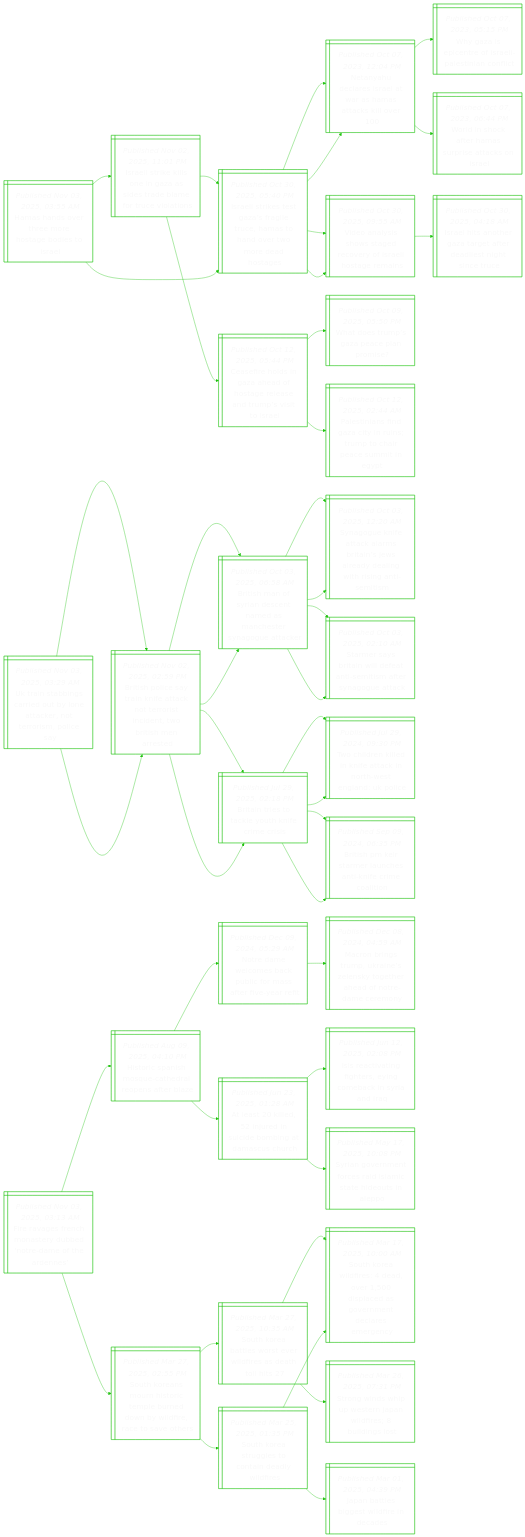
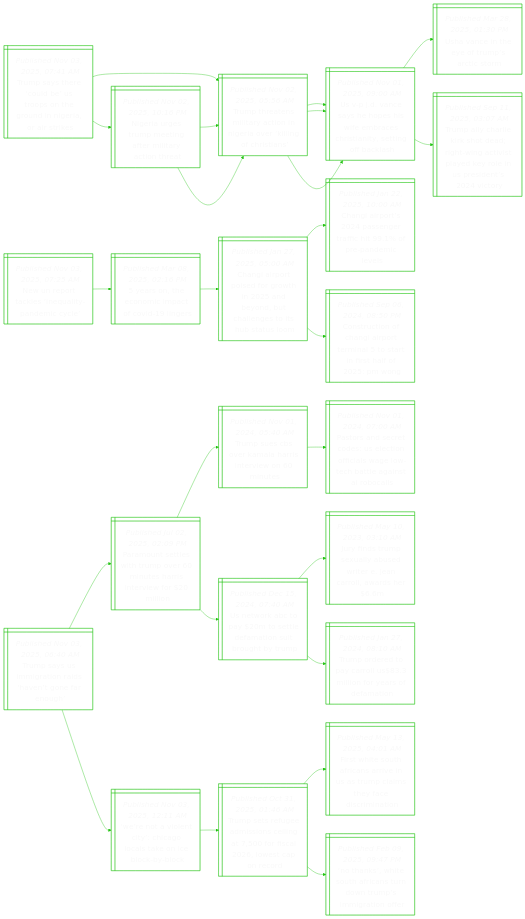
One commit to notJmes/notJmes changed the diagram in README.md. Above: the diagram before and after it, drawn with Mermaid. The commit also changed other lines of this file, not shown here.

````diff
--- a/README.md
+++ b/README.md
@@ -16,136 +16,85 @@
 flowchart LR
 classDef txtsize font-size:20px;
 
-Hhohosbsr@{ shape: win-pane, label: "_Published Nov 03, 2025, 03:55 AM_
-Hamas hands over three more hostage bodies to israel" }
-Ililezirlocln@{ shape: win-pane, label: "_Published Nov 02, 2025, 11:01 PM_
-Israeli strike kills one in gaza as sides trade blame for truce violations" }
-IliezatHtdtrda@{ shape: win-pane, label: "_Published Oct 30, 2025, 05:40 PM_
-Israeli strikes test gaza’s fragile truce, hamas to hand over two more dead hostages" }
-NyeeawHakl@{ shape: win-pane, label: "_Published Oct 07, 2023, 12:04 PM_
-Netanyahu declares israel at war as hamas attacks kill over 100" }
-Vasoaersiam@{ shape: win-pane, label: "_Published Oct 30, 2025, 09:55 AM_
-Video analysis shows staged recovery of israeli hostage remains" }
-Cfonaoteervta@{ shape: win-pane, label: "_Published Oct 12, 2025, 05:44 PM_
-Ceasefire holds in gaza ahead of hostage release and trump’s visit to israel" }
-Wouaaam@{ shape: win-pane, label: "_Published Oct 09, 2025, 05:50 PM_
-What does trump’s gaza peace plan promise?" }
-PtndCnspaamnt@{ shape: win-pane, label: "_Published Oct 12, 2025, 02:44 AM_
-Palestinians find gaza city in ruins; trump to chair peace summit in egypt" }
-IliezatHtdtrda@{ shape: win-pane, label: "_Published Oct 30, 2025, 05:40 PM_
-Israeli strikes test gaza’s fragile truce, hamas to hand over two more dead hostages" }
-NyeeawHakl@{ shape: win-pane, label: "_Published Oct 07, 2023, 12:04 PM_
-Netanyahu declares israel at war as hamas attacks kill over 100" }
-WzptIleint@{ shape: win-pane, label: "_Published Oct 07, 2023, 05:15 PM_
-Why gaza is epicentre of israeli-palestinian conflict" }
-Wiceapaks@{ shape: win-pane, label: "_Published Oct 07, 2023, 06:44 PM_
-World in shock after hamas surprise attacks on israel" }
-Vasoaersiam@{ shape: win-pane, label: "_Published Oct 30, 2025, 09:55 AM_
-Video analysis shows staged recovery of israeli hostage remains" }
-Ilaeaeedttee@{ shape: win-pane, label: "_Published Oct 30, 2025, 04:18 AM_
-Israel hits another gaza target after deadliest night since truce" }
+Tshoeonrierts@{ shape: win-pane, label: "_Published Nov 03, 2025, 07:41 AM_
+Trump says there ‘could be’ us troops on the ground in nigeria, or air strikes" }
+TttiriNiriCt@{ shape: win-pane, label: "_Published Nov 02, 2025, 05:56 AM_
+Trump threatens military action in nigeria over ‘killing of christians’" }
+UDehewmeinegas@{ shape: win-pane, label: "_Published Nov 01, 2025, 09:00 AM_
+Us v-p j.d. vance says he hopes his wife embraces christianity, setting off backlash" }
+UanyrAcm@{ shape: win-pane, label: "_Published Mar 28, 2025, 01:30 PM_
+Usha vance in the eye of trump’s arctic storm" }
+TahesegnipdoUstt@{ shape: win-pane, label: "_Published Sep 11, 2025, 03:07 AM_
+Trump ally charlie kirk shot dead; right-wing activist played key role in us president’s 2024 victory" }
+Niemtfirir@{ shape: win-pane, label: "_Published Nov 02, 2025, 10:16 PM_
+Nigeria urges trump meeting after military action threat" }
+TttiriNiriCt@{ shape: win-pane, label: "_Published Nov 02, 2025, 05:56 AM_
+Trump threatens military action in nigeria over ‘killing of christians’" }
+UDehewmeinegas@{ shape: win-pane, label: "_Published Nov 01, 2025, 09:00 AM_
+Us v-p j.d. vance says he hopes his wife embraces christianity, setting off backlash" }
+TttiriNiriCt@{ shape: win-pane, label: "_Published Nov 02, 2025, 05:56 AM_
+Trump threatens military action in nigeria over ‘killing of christians’" }
+UDehewmeinegas@{ shape: win-pane, label: "_Published Nov 01, 2025, 09:00 AM_
+Us v-p j.d. vance says he hopes his wife embraces christianity, setting off backlash" }
 
-Hhohosbsr:::txtsize --> Ililezirlocln:::txtsize
-Ililezirlocln:::txtsize --> IliezatHtdtrda:::txtsize
-IliezatHtdtrda:::txtsize --> NyeeawHakl:::txtsize
-IliezatHtdtrda:::txtsize --> Vasoaersiam:::txtsize
-Ililezirlocln:::txtsize --> Cfonaoteervta:::txtsize
-Cfonaoteervta:::txtsize --> Wouaaam:::txtsize
-Cfonaoteervta:::txtsize --> PtndCnspaamnt:::txtsize
-Hhohosbsr:::txtsize --> IliezatHtdtrda:::txtsize
-IliezatHtdtrda:::txtsize --> NyeeawHakl:::txtsize
-NyeeawHakl:::txtsize --> WzptIleint:::txtsize
-NyeeawHakl:::txtsize --> Wiceapaks:::txtsize
-IliezatHtdtrda:::txtsize --> Vasoaersiam:::txtsize
-Vasoaersiam:::txtsize --> Ilaeaeedttee:::txtsize
+Tshoeonrierts:::txtsize --> TttiriNiriCt:::txtsize
+TttiriNiriCt:::txtsize --> UDehewmeinegas:::txtsize
+UDehewmeinegas:::txtsize --> UanyrAcm:::txtsize
+UDehewmeinegas:::txtsize --> TahesegnipdoUstt:::txtsize
+Tshoeonrierts:::txtsize --> Niemtfirir:::txtsize
+Niemtfirir:::txtsize --> TttiriNiriCt:::txtsize
+TttiriNiriCt:::txtsize --> UDehewmeinegas:::txtsize
+Niemtfirir:::txtsize --> TttiriNiriCt:::txtsize
+TttiriNiriCt:::txtsize --> UDehewmeinegas:::txtsize
 
-Uibsitnanrsiy@{ shape: win-pane, label: "_Published Nov 03, 2025, 03:29 AM_
-Uk train stabbings carried out by lone attacker, not terrorism, police say" }
-BsiynectrnnBsat@{ shape: win-pane, label: "_Published Nov 02, 2025, 02:59 PM_
-British police say train knife attack not terrorist incident, two british men arrested" }
-Bsoisnaceaec@{ shape: win-pane, label: "_Published Oct 03, 2025, 06:58 AM_
-British man of syrian descent named as manchester synagogue attacker" }
-Sontasaerdnhnit@{ shape: win-pane, label: "_Published Oct 03, 2025, 12:20 AM_
-Synagogue knife attack alarms britain’s jews already dealing with rising anti-semitism" }
-Sesaletiasot@{ shape: win-pane, label: "_Published Oct 03, 2025, 02:10 AM_
-Starmer says britain will defeat anti-semitism after synagogue attack" }
-Bieaykccs@{ shape: win-pane, label: "_Published Jul 29, 2025, 02:18 PM_
-Britain tries to tackle youth knife crime crisis" }
-Tinentittape@{ shape: win-pane, label: "_Published Jul 29, 2024, 09:30 PM_
-Two children killed in knife attack in north-west england: uk police" }
-Bsealhtfmln@{ shape: win-pane, label: "_Published Sep 09, 2024, 06:35 PM_
-British pm keir starmer launches anti-knife crime coalition" }
-BsiynectrnnBsat@{ shape: win-pane, label: "_Published Nov 02, 2025, 02:59 PM_
-British police say train knife attack not terrorist incident, two british men arrested" }
-Bsoisnaceaec@{ shape: win-pane, label: "_Published Oct 03, 2025, 06:58 AM_
-British man of syrian descent named as manchester synagogue attacker" }
-Sontasaerdnhnit@{ shape: win-pane, label: "_Published Oct 03, 2025, 12:20 AM_
-Synagogue knife attack alarms britain’s jews already dealing with rising anti-semitism" }
-Sesaletiasot@{ shape: win-pane, label: "_Published Oct 03, 2025, 02:10 AM_
-Starmer says britain will defeat anti-semitism after synagogue attack" }
-Bieaykccs@{ shape: win-pane, label: "_Published Jul 29, 2025, 02:18 PM_
-Britain tries to tackle youth knife crime crisis" }
-Tinentittape@{ shape: win-pane, label: "_Published Jul 29, 2024, 09:30 PM_
-Two children killed in knife attack in north-west england: uk police" }
-Bsealhtfmln@{ shape: win-pane, label: "_Published Sep 09, 2024, 06:35 PM_
-British pm keir starmer launches anti-knife crime coalition" }
+Nrtleince@{ shape: win-pane, label: "_Published Nov 03, 2025, 07:25 AM_
+New un report tackles ‘inequality-pandemic cycle’" }
+yoempfde@{ shape: win-pane, label: "_Published Mar 08, 2025, 02:16 PM_
+5 years on, the economic impact of covid-19 lingers" }
+Cioiowayuletss@{ shape: win-pane, label: "_Published Jan 27, 2025, 05:00 AM_
+Changi airport poised for growth in 2025 and beyond, but challenges to its hub status loom" }
+Cioagahpncl@{ shape: win-pane, label: "_Published Jan 22, 2025, 10:00 AM_
+Changi airport’s 2024 passenger traffic hit 99.1% of pre-pandemic levels" }
+CrohArmtriaPg@{ shape: win-pane, label: "_Published Sep 06, 2024, 08:50 PM_
+Construction of changi airport terminal 5 to start in first half of 2025: pm wong" }
 
-Uibsitnanrsiy:::txtsize --> BsiynectrnnBsat:::txtsize
-BsiynectrnnBsat:::txtsize --> Bsoisnaceaec:::txtsize
-Bsoisnaceaec:::txtsize --> Sontasaerdnhnit:::txtsize
-Bsoisnaceaec:::txtsize --> Sesaletiasot:::txtsize
-BsiynectrnnBsat:::txtsize --> Bieaykccs:::txtsize
-Bieaykccs:::txtsize --> Tinentittape:::txtsize
-Bieaykccs:::txtsize --> Bsealhtfmln:::txtsize
-Uibsitnanrsiy:::txtsize --> BsiynectrnnBsat:::txtsize
-BsiynectrnnBsat:::txtsize --> Bsoisnaceaec:::txtsize
-Bsoisnaceaec:::txtsize --> Sontasaerdnhnit:::txtsize
-Bsoisnaceaec:::txtsize --> Sesaletiasot:::txtsize
-BsiynectrnnBsat:::txtsize --> Bieaykccs:::txtsize
-Bieaykccs:::txtsize --> Tinentittape:::txtsize
-Bieaykccs:::txtsize --> Bsealhtfmln:::txtsize
+Nrtleince:::txtsize --> yoempfde:::txtsize
+yoempfde:::txtsize --> Cioiowayuletss:::txtsize
+Cioiowayuletss:::txtsize --> Cioagahpncl:::txtsize
+Cioiowayuletss:::txtsize --> CrohArmtriaPg:::txtsize
 
-Fascayereen@{ shape: win-pane, label: "_Published Nov 03, 2025, 03:13 AM_
-Fire ravages french monastery dubbed ‘notre-dame of the ardennes’" }
-Hrameernez@{ shape: win-pane, label: "_Published Aug 09, 2025, 04:10 PM_
-Historic spanish mosque-cathedral reopens after blaze" }
-NDeekimfiai@{ shape: win-pane, label: "_Published Dec 09, 2024, 05:29 AM_
-Notre dame welcomes back public for mass after five-year refit" }
-MngmaZsgrdtme@{ shape: win-pane, label: "_Published Dec 08, 2024, 04:59 AM_
-Macron brings trump, ukraine’s zelensky together ahead of notre-dame ceremony" }
-Asljicogmsc@{ shape: win-pane, label: "_Published Jun 23, 2025, 01:28 AM_
-At least 20 killed, 52 injured in suicide bombing at damascus church" }
-Ievgtyocynq@{ shape: win-pane, label: "_Published Jun 12, 2025, 02:08 PM_
-Isis reactivating fighters, eying comeback in syria and iraq" }
-Snrtedmadse@{ shape: win-pane, label: "_Published May 17, 2025, 10:08 PM_
-Syrian government forces raid islamic state hideouts in aleppo" }
-SKnrtteenleter@{ shape: win-pane, label: "_Published Mar 27, 2025, 02:55 PM_
-South koreans mourn historic temple burned down by wildfire, race to save others" }
-SKbesrfatl@{ shape: win-pane, label: "_Published Mar 27, 2025, 10:35 AM_
-South korea battles worst ever wildfires as death toll hits 27" }
-SKwieepdvecsg@{ shape: win-pane, label: "_Published Mar 17, 2025, 10:00 AM_
-South korea wildfires: 4 dead, over 1,500 displaced as government declares emergency" }
-Sgsutairigt@{ shape: win-pane, label: "_Published Mar 26, 2025, 07:31 PM_
-Strong winds whip up western japan wildfires; 8 buildings lost" }
-SKsgoaair@{ shape: win-pane, label: "_Published Mar 25, 2025, 01:35 PM_
-South korea struggles to contain deadly wildfires" }
-SKwieepdvecsg@{ shape: win-pane, label: "_Published Mar 17, 2025, 10:00 AM_
-South korea wildfires: 4 dead, over 1,500 displaced as government declares emergency" }
-Jbegires@{ shape: win-pane, label: "_Published Mar 01, 2025, 04:39 PM_
-Japan battles biggest wildfire in decades" }
+TsSgodeneh@{ shape: win-pane, label: "_Published Nov 03, 2025, 06:40 AM_
+Trump says us immigration raids ‘haven’t gone far enough’" }
+PoesToisiewin@{ shape: win-pane, label: "_Published Jul 02, 2025, 02:09 PM_
+Paramount settles with trump over 60 minutes harris interview for $20 million" }
+TsBrlrteis@{ shape: win-pane, label: "_Published Nov 01, 2024, 05:40 AM_
+Trump sues cbs over kamala harris interview on 60 minutes" }
+PrstsencwohliIc@{ shape: win-pane, label: "_Published Nov 01, 2024, 07:00 AM_
+Pastors and secret codes: us election officials wage low-tech battle against ai robocalls" }
+UwBasemnbhr@{ shape: win-pane, label: "_Published Dec 15, 2024, 07:40 AM_
+Us network abc to pay $20m to settle defamation suit brought by trump" }
+JirelsiJaldm@{ shape: win-pane, label: "_Published May 10, 2023, 03:10 AM_
+Jury finds trump sexually abused writer e. jean carroll, awards her $6.6m" }
+ToearSirsfi@{ shape: win-pane, label: "_Published Jan 27, 2024, 08:10 AM_
+Trump ordered to pay carroll us$83.3 million for years of defamation" }
+WoocholeEko@{ shape: win-pane, label: "_Published Nov 03, 2025, 12:11 AM_
+‘we’re not a violent city’: chicago locals take on ice block-by-block" }
+Tseessifsocrd@{ shape: win-pane, label: "_Published Oct 31, 2025, 01:46 AM_
+Trump sets refugee admissions ceiling at 7,500 for fiscal 2026, lowest cap on record" }
+FwSAarnTcsfimi@{ shape: win-pane, label: "_Published May 13, 2025, 04:01 AM_
+First white south africans arrive in us as trump claims they face discrimination" }
+Nniursdrirnr@{ shape: win-pane, label: "_Published Feb 09, 2025, 09:47 PM_
+‘no thanks’, white south africans turn down trump’s immigration offer" }
 
-Fascayereen:::txtsize --> Hrameernez:::txtsize
-Hrameernez:::txtsize --> NDeekimfiai:::txtsize
-NDeekimfiai:::txtsize --> MngmaZsgrdtme:::txtsize
-Hrameernez:::txtsize --> Asljicogmsc:::txtsize
-Asljicogmsc:::txtsize --> Ievgtyocynq:::txtsize
-Asljicogmsc:::txtsize --> Snrtedmadse:::txtsize
-Fascayereen:::txtsize --> SKnrtteenleter:::txtsize
-SKnrtteenleter:::txtsize --> SKbesrfatl:::txtsize
-SKbesrfatl:::txtsize --> SKwieepdvecsg:::txtsize
-SKbesrfatl:::txtsize --> Sgsutairigt:::txtsize
-SKnrtteenleter:::txtsize --> SKsgoaair:::txtsize
-SKsgoaair:::txtsize --> SKwieepdvecsg:::txtsize
-SKsgoaair:::txtsize --> Jbegires:::txtsize
+TsSgodeneh:::txtsize --> PoesToisiewin:::txtsize
+PoesToisiewin:::txtsize --> TsBrlrteis:::txtsize
+TsBrlrteis:::txtsize --> PrstsencwohliIc:::txtsize
+PoesToisiewin:::txtsize --> UwBasemnbhr:::txtsize
+UwBasemnbhr:::txtsize --> JirelsiJaldm:::txtsize
+UwBasemnbhr:::txtsize --> ToearSirsfi:::txtsize
+TsSgodeneh:::txtsize --> WoocholeEko:::txtsize
+WoocholeEko:::txtsize --> Tseessifsocrd:::txtsize
+Tseessifsocrd:::txtsize --> FwSAarnTcsfimi:::txtsize
+Tseessifsocrd:::txtsize --> Nniursdrirnr:::txtsize
 
 ```
````
